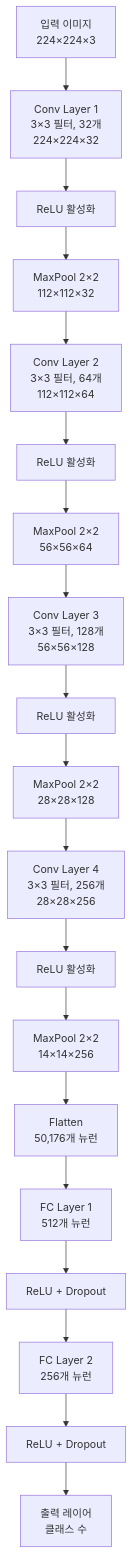
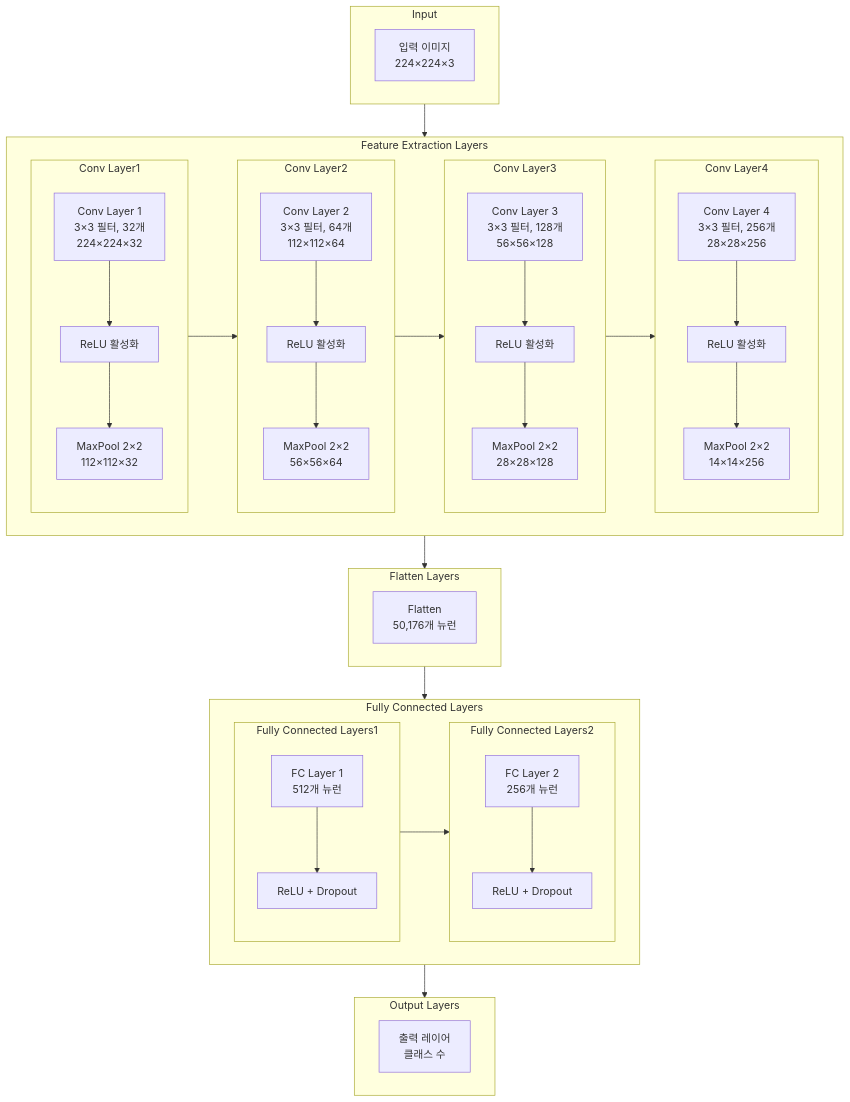
Before and after one commit to c0z0c/sprint_mission: the first of 10 diagrams in 스터디/이미지와_컴퓨터비전.md, drawn with Mermaid. The commit also changed other lines of this file, not shown here.

````diff
--- a/스터디/이미지와_컴퓨터비전.md
+++ b/스터디/이미지와_컴퓨터비전.md
@@ -156,25 +221,67 @@
 ```mermaid
 graph TD
-    A[입력 이미지<br/>224×224×3] --> B[Conv Layer 1<br/>3×3 필터, 32개<br/>224×224×32]
-    B --> C[ReLU 활성화]
-    C --> D[MaxPool 2×2<br/>112×112×32]
+    subgraph G0["Input"]
+        A[입력 이미지<br/>224×224×3]
+    end
+
+    subgraph G1["Feature Extraction Layers"]
+        direction LR
+
+        subgraph G01["Conv Layer1"]
+            B[Conv Layer 1<br/>3×3 필터, 32개<br/>224×224×32]
+            B --> C[ReLU 활성화]
+            C --> D[MaxPool 2×2<br/>112×112×32]
+        end
     
-    D --> E[Conv Layer 2<br/>3×3 필터, 64개<br/>112×112×64]
-    E --> F[ReLU 활성화]
-    F --> G[MaxPool 2×2<br/>56×56×64]
-    
-    G --> H[Conv Layer 3<br/>3×3 필터, 128개<br/>56×56×128]
-    H --> I[ReLU 활성화]
-    I --> J[MaxPool 2×2<br/>28×28×128]
-    
-    J --> K[Conv Layer 4<br/>3×3 필터, 256개<br/>28×28×256]
-    K --> L[ReLU 활성화]
-    L --> M[MaxPool 2×2<br/>14×14×256]
-    
-    M --> N[Flatten<br/>50,176개 뉴런]
-    N --> O[FC Layer 1<br/>512개 뉴런]
-    O --> P[ReLU + Dropout]
-    P --> Q[FC Layer 2<br/>256개 뉴런]
-    Q --> R[ReLU + Dropout]
-    R --> S[출력 레이어<br/>클래스 수]
+        subgraph G02["Conv Layer2"]
+            E[Conv Layer 2<br/>3×3 필터, 64개<br/>112×112×64]
+            E --> F[ReLU 활성화]
+            F --> G[MaxPool 2×2<br/>56×56×64]
+        end
+        
+        subgraph G03["Conv Layer3"]
+            H[Conv Layer 3<br/>3×3 필터, 128개<br/>56×56×128]
+            H --> I[ReLU 활성화]
+            I --> J[MaxPool 2×2<br/>28×28×128]
+        end
+        
+        subgraph G04["Conv Layer4"]
+            K[Conv Layer 4<br/>3×3 필터, 256개<br/>28×28×256]
+            K --> L[ReLU 활성화]
+            L --> M[MaxPool 2×2<br/>14×14×256]
+        end
+
+        G01 --> G02
+        G02 --> G03
+        G03 --> G04
+    end
+
+    subgraph G2["Flatten Layers"]
+        N[Flatten<br/>50,176개 뉴런]
+    end
+
+    subgraph G3["Fully Connected Layers"]
+        direction LR
+
+        subgraph G31["Fully Connected Layers1"]
+            O[FC Layer 1<br/>512개 뉴런]
+            O --> P[ReLU + Dropout]
+        end
+
+        subgraph G32["Fully Connected Layers2"]
+            Q[FC Layer 2<br/>256개 뉴런]
+            Q --> R[ReLU + Dropout]
+        end
+
+        G31 --> G32
+    end
+
+    subgraph G4["Output Layers"]
+        S[출력 레이어<br/>클래스 수]
+    end
+
+    G0 --> G1
+    G1 --> G2
+    G2 --> G3
+    G3 --> G4
 ```
````
